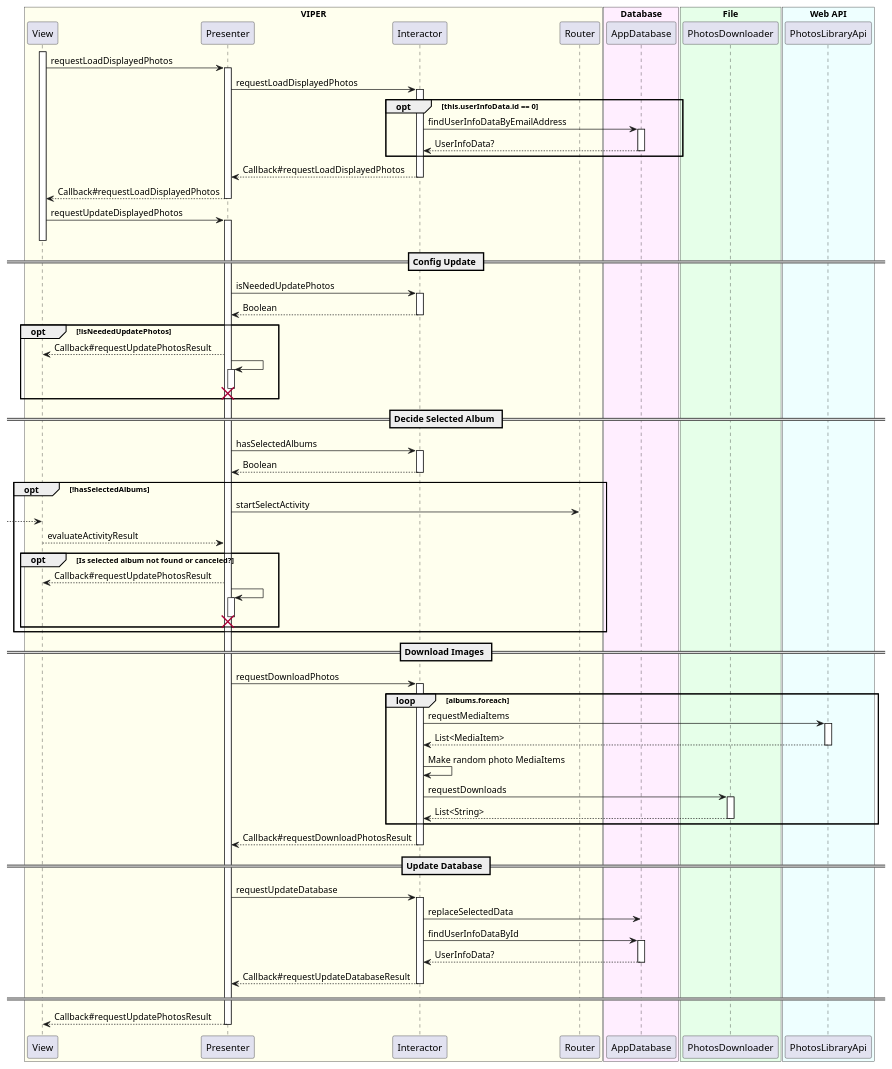
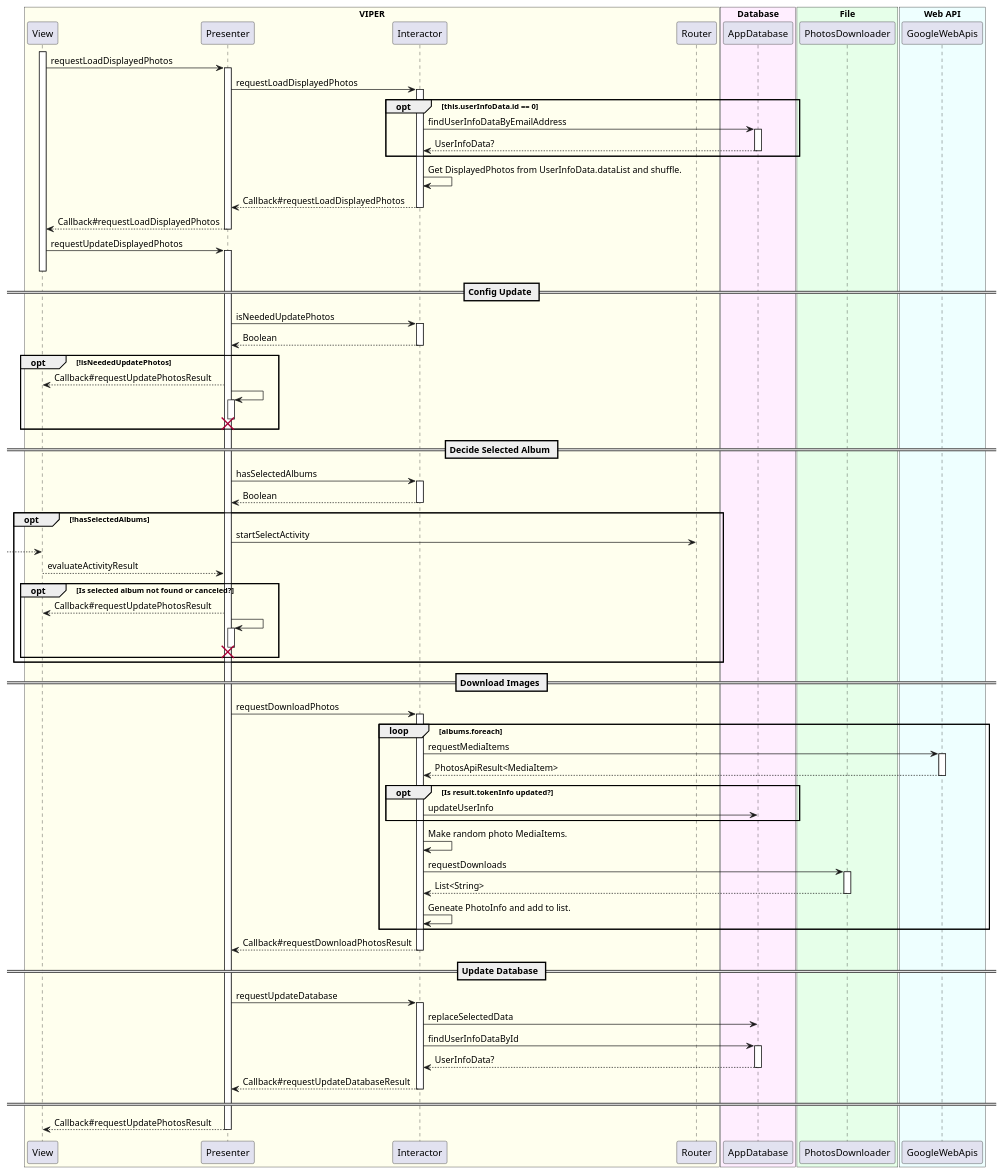
The diagram in uml/main/sequence_diagram_main_bk.md (sallyluenoa/PhotoSlideShow), drawn with PlantUML before and after one commit. The commit also changed 12 other files, not shown here.

First line of the commit message:
Write UML for design #13

```diff
--- a/uml/main/sequence_diagram_main_bk.md
+++ b/uml/main/sequence_diagram_main_bk.md
@@ -15,7 +15,7 @@
 end box
 
 box "Web API" #EEFFFF
-  participant PhotosLibraryApi
+  participant GoogleWebApis
 end box
 
 View++
@@ -27,6 +27,7 @@
     return UserInfoData?
   end
 
+  Interactor -> Interactor: Get DisplayedPhotos from UserInfoData.dataList and shuffle.
   return Callback#requestLoadDisplayedPhotos
 return Callback#requestLoadDisplayedPhotos
 
@@ -66,13 +67,19 @@
 Presenter -> Interactor++: requestDownloadPhotos
 
   loop albums.foreach
-    Interactor -> PhotosLibraryApi++: requestMediaItems
-    return List<MediaItem>
+    Interactor -> GoogleWebApis++: requestMediaItems
+    return PhotosApiResult<MediaItem>
 
-    Interactor -> Interactor: Make random photo MediaItems
+    opt Is result.tokenInfo updated?
+      Interactor -> AppDatabase: updateUserInfo
+    end
+
+    Interactor -> Interactor: Make random photo MediaItems.
 
     Interactor -> PhotosDownloader++: requestDownloads
     return List<String>
+
+    Interactor -> Interactor: Geneate PhotoInfo and add to list.
   end
 
 return Callback#requestDownloadPhotosResult
```
